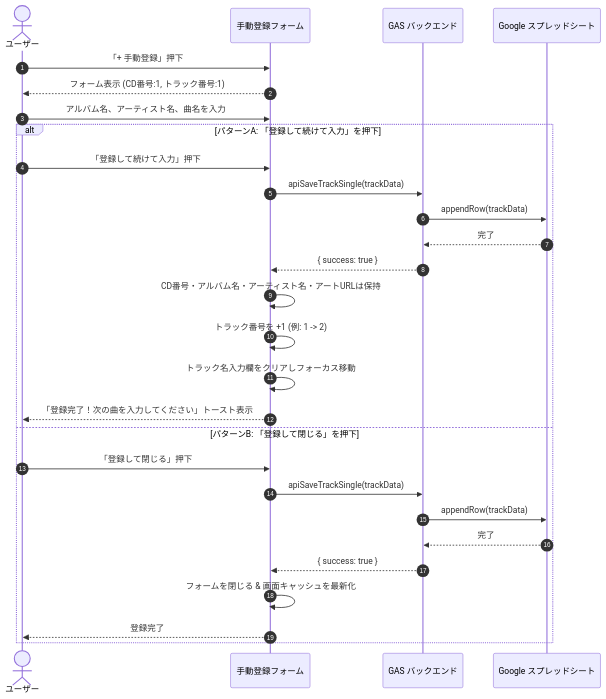
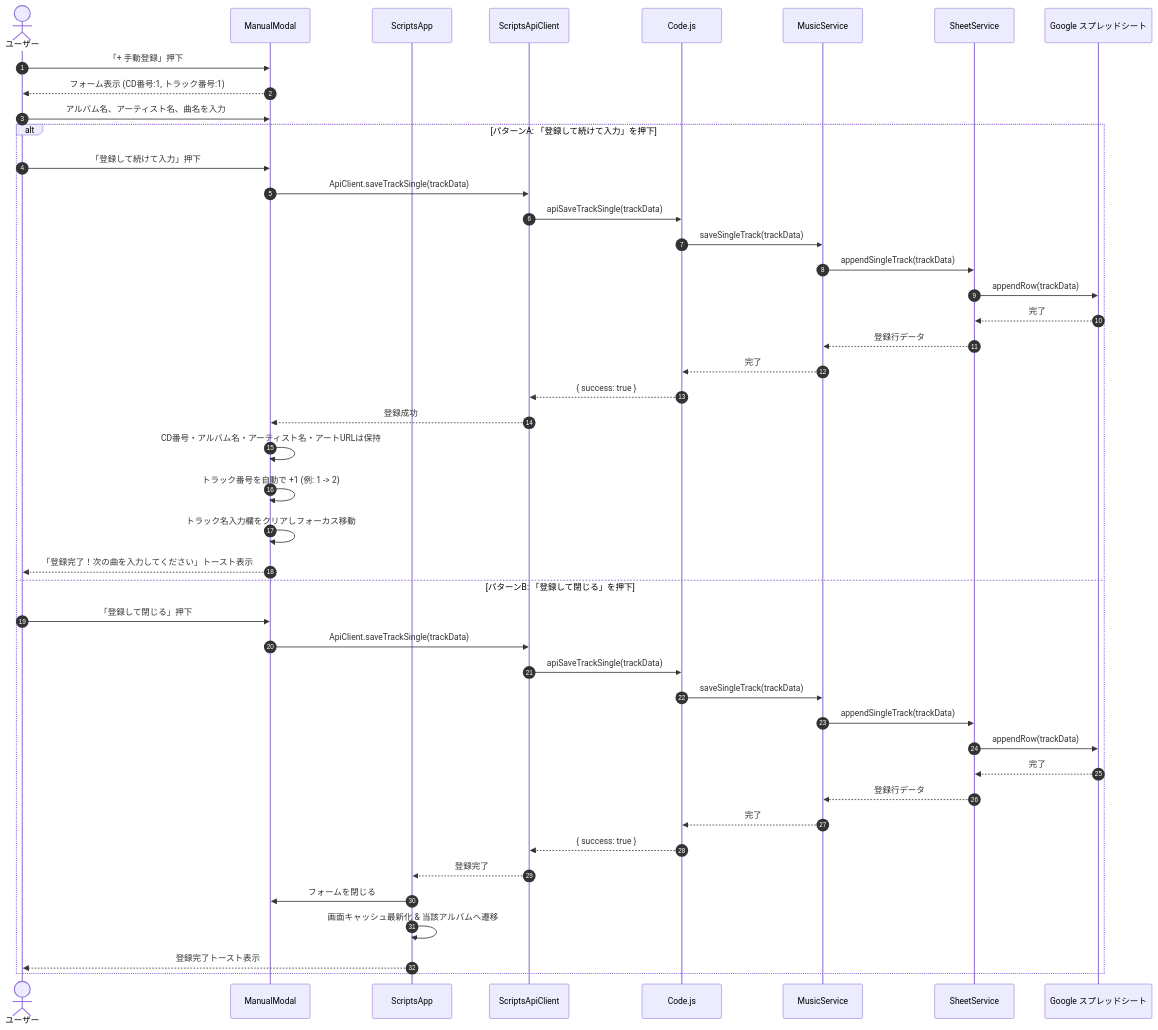
The eighth of 8 diagrams in docs/BASIC_DESIGN.md (nankojin-ops/MusicInfo-app), drawn with Mermaid before and after one commit. The commit also changed other lines of this file, not shown here.

````diff
--- a/docs/BASIC_DESIGN.md
+++ b/docs/BASIC_DESIGN.md
@@ -742,32 +1222,49 @@
 ```mermaid
 sequenceDiagram
     autonumber
     actor User as ユーザー
-    participant Form as 手動登録フォーム
-    participant GAS as GAS バックエンド
+    participant Form as ManualModal
+    participant App as ScriptsApp
+    participant ApiClient as ScriptsApiClient
+    participant Code as Code.js
+    participant MusicService as MusicService
+    participant SheetService as SheetService
     participant Sheet as Google スプレッドシート
 
     User->>Form: 「+ 手動登録」押下
     Form-->>User: フォーム表示 (CD番号:1, トラック番号:1)
     User->>Form: アルバム名、アーティスト名、曲名を入力
     
     alt パターンA: 「登録して続けて入力」を押下
         User->>Form: 「登録して続けて入力」押下
-        Form->>GAS: apiSaveTrackSingle(trackData)
-        GAS->>Sheet: appendRow(trackData)
-        Sheet-->>GAS: 完了
-        GAS-->>Form: { success: true }
+        Form->>ApiClient: ApiClient.saveTrackSingle(trackData)
+        ApiClient->>Code: apiSaveTrackSingle(trackData)
+        Code->>MusicService: saveSingleTrack(trackData)
+        MusicService->>SheetService: appendSingleTrack(trackData)
+        SheetService->>Sheet: appendRow(trackData)
+        Sheet-->>SheetService: 完了
+        SheetService-->>MusicService: 登録行データ
+        MusicService-->>Code: 完了
+        Code-->>ApiClient: { success: true }
+        ApiClient-->>Form: 登録成功
         Form->>Form: CD番号・アルバム名・アーティスト名・アートURLは保持
-        Form->>Form: トラック番号を +1 (例: 1 -> 2)
+        Form->>Form: トラック番号を自動で +1 (例: 1 -> 2)
         Form->>Form: トラック名入力欄をクリアしフォーカス移動
         Form-->>User: 「登録完了！次の曲を入力してください」トースト表示
     else パターンB: 「登録して閉じる」を押下
         User->>Form: 「登録して閉じる」押下
-        Form->>GAS: apiSaveTrackSingle(trackData)
-        GAS->>Sheet: appendRow(trackData)
-        Sheet-->>GAS: 完了
-        GAS-->>Form: { success: true }
-        Form->>Form: フォームを閉じる & 画面キャッシュを最新化
-        Form-->>User: 登録完了
+        Form->>ApiClient: ApiClient.saveTrackSingle(trackData)
+        ApiClient->>Code: apiSaveTrackSingle(trackData)
+        Code->>MusicService: saveSingleTrack(trackData)
+        MusicService->>SheetService: appendSingleTrack(trackData)
+        SheetService->>Sheet: appendRow(trackData)
+        Sheet-->>SheetService: 完了
+        SheetService-->>MusicService: 登録行データ
+        MusicService-->>Code: 完了
+        Code-->>ApiClient: { success: true }
+        ApiClient-->>App: 登録完了
+        App->>Form: フォームを閉じる
+        App->>App: 画面キャッシュ最新化 & 当該アルバムへ遷移
+        App-->>User: 登録完了トースト表示
     end
 ```
````
